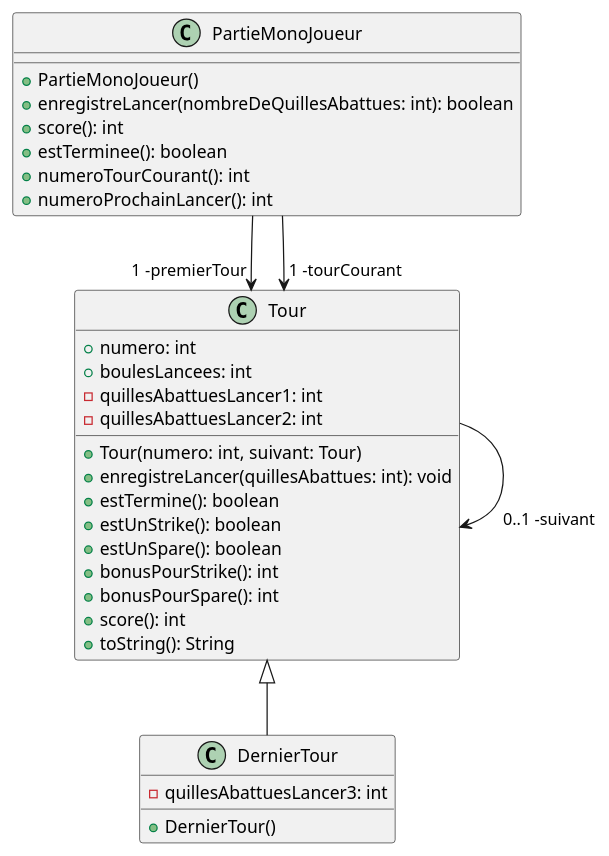
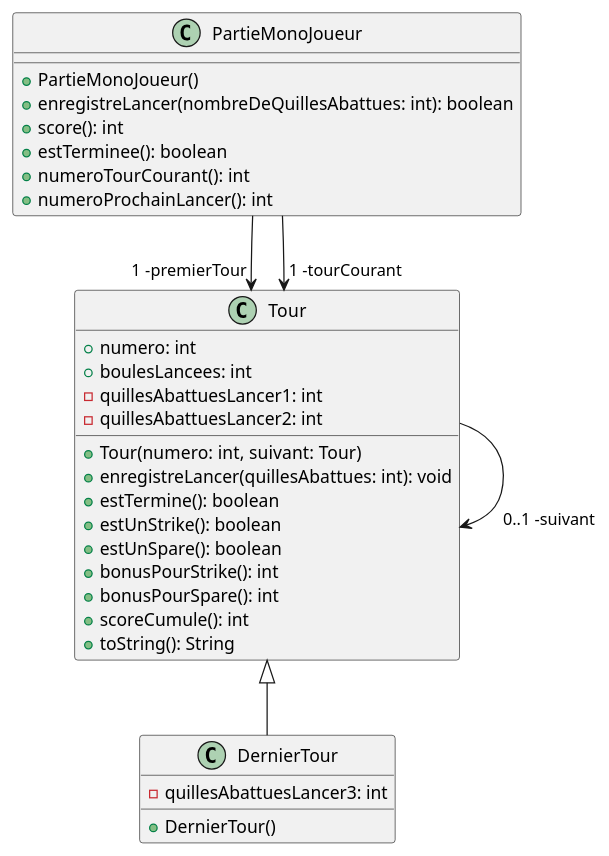
One commit to bastide/BowlingMavenCorrection changed the diagram in doc/solution.plantuml. Above: the diagram before and after it, drawn with PlantUML. The commit also changed 11 other files, not shown here.

```diff
--- a/doc/solution.plantuml
+++ b/doc/solution.plantuml
@@ -1,41 +1,41 @@
 @startuml
 
 class PartieMonoJoueur {
   +PartieMonoJoueur()
   +enregistreLancer(nombreDeQuillesAbattues: int): boolean
   +score(): int
   +estTerminee(): boolean
   +numeroTourCourant(): int
   +numeroProchainLancer(): int
 }
 
 class Tour {
   +numero: int
   +boulesLancees: int
   -quillesAbattuesLancer1: int
   -quillesAbattuesLancer2: int
   +Tour(numero: int, suivant: Tour)
   +enregistreLancer(quillesAbattues: int): void
   +estTermine(): boolean
   +estUnStrike(): boolean
   +estUnSpare(): boolean
   +bonusPourStrike(): int
   +bonusPourSpare(): int
-  +score(): int
+  +scoreCumule(): int
   +toString(): String
 }
 
 class DernierTour {
   -quillesAbattuesLancer3: int
 
   +DernierTour()
 }
 
 PartieMonoJoueur --> "        1 -premierTour" Tour 
 PartieMonoJoueur --> "1 -tourCourant      " Tour 
 
 
 Tour --> "        0..1 -suivant" Tour
 Tour <|-- DernierTour
 
 @enduml
```
